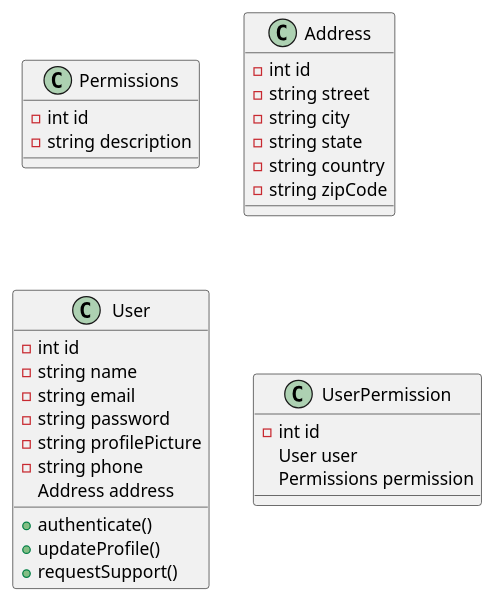
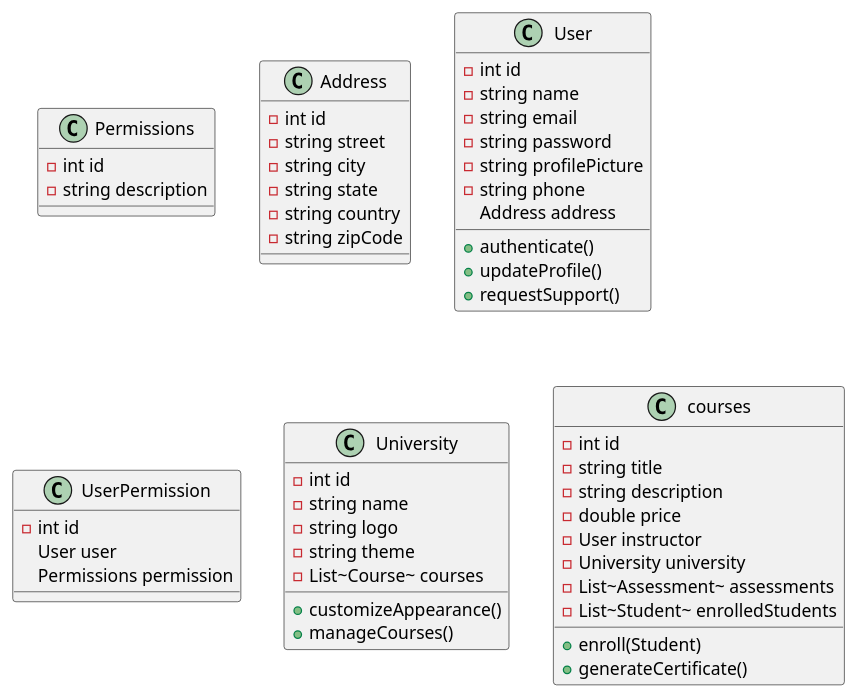
Before and after one commit to Rakoski/ifpr_poo_uml: the diagram in src/main/java/org/example/AprendeJa.puml, drawn with PlantUML.

Commit message:
aprendeja beggining

```diff
--- a/src/main/java/org/example/AprendeJa.puml
+++ b/src/main/java/org/example/AprendeJa.puml
@@ -1,34 +1,59 @@
 @startuml
 class Permissions {
     -int id
     -string description
 }
 
 class Address {
-        -int id
-        -string street
-        -string city
-        -string state
-        -string country
-        -string zipCode
+    -int id
+    -string street
+    -string city
+    -string state
+    -string country
+    -string zipCode
 }
 
 class User {
-        -int id
-        -string name
-        -string email
-        -string password
-        -string profilePicture
-        -string phone
-        Address address
-        +authenticate()
-        +updateProfile()
-        +requestSupport()
+    -int id
+    -string name
+    -string email
+    -string password
+    -string profilePicture
+    -string phone
+    Address address
+    +authenticate()
+    +updateProfile()
+    +requestSupport()
 }
 
 class UserPermission {
     -int id
     User user
     Permissions permission
 }
+
+class University {
+    -int id
+    -string name
+    -string logo
+    -string theme
+    -List~Course~ courses
+    +customizeAppearance()
+    +manageCourses()
+}
+
+
+class courses {
+    -int id
+    -string title
+    -string description
+    -double price
+    -User instructor
+    -University university
+    -List~Assessment~ assessments
+    -List~Student~ enrolledStudents
+    +enroll(Student)
+    +generateCertificate()
+}
+
 @enduml
```
